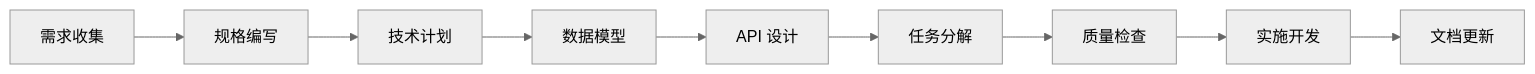
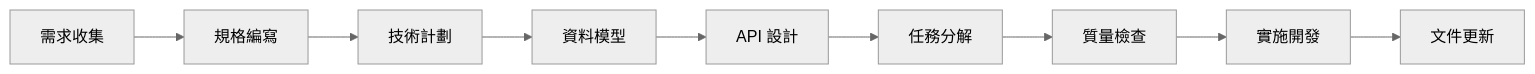
Before and after one commit to DylanChiang-Dev/quotabase-lite: the diagram in specs/CLAUDE.md, drawn with Mermaid (neutral theme). The commit also changed other lines of this file and 61 other files, not shown here.

````diff
--- a/specs/CLAUDE.md
+++ b/specs/CLAUDE.md
@@ -185,11 +185,11 @@
 ```mermaid
 flowchart LR
-    A[需求收集] --> B[规格编写]
-    B --> C[技术计划]
-    C --> D[数据模型]
-    D --> E[API 设计]
-    E --> F[任务分解]
-    F --> G[质量检查]
-    G --> H[实施开发]
-    H --> I[文档更新]
+    A[需求收集] --> B[規格編寫]
+    B --> C[技術計劃]
+    C --> D[資料模型]
+    D --> E[API 設計]
+    E --> F[任務分解]
+    F --> G[質量檢查]
+    G --> H[實施開發]
+    H --> I[文件更新]
 ```
````
